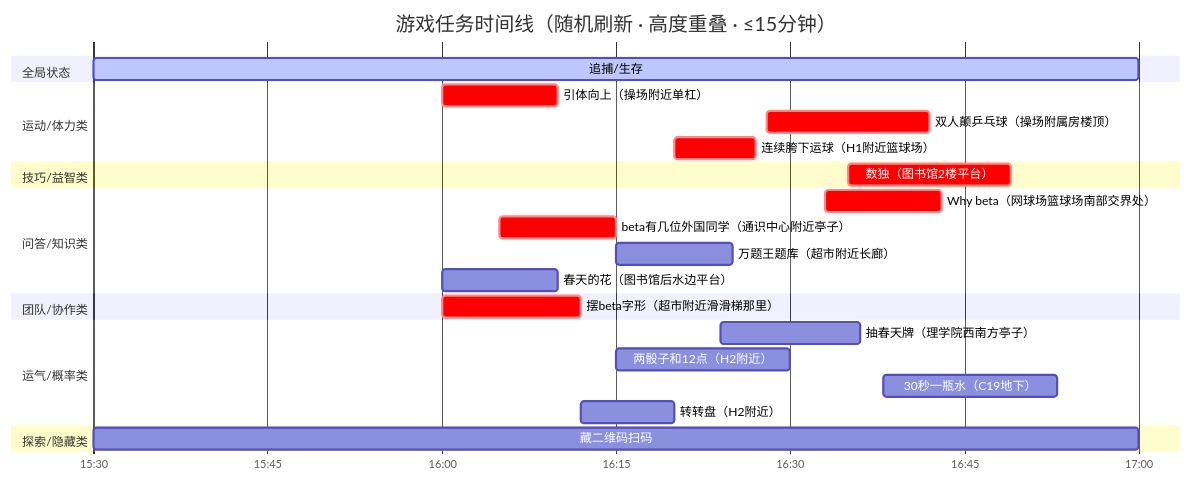
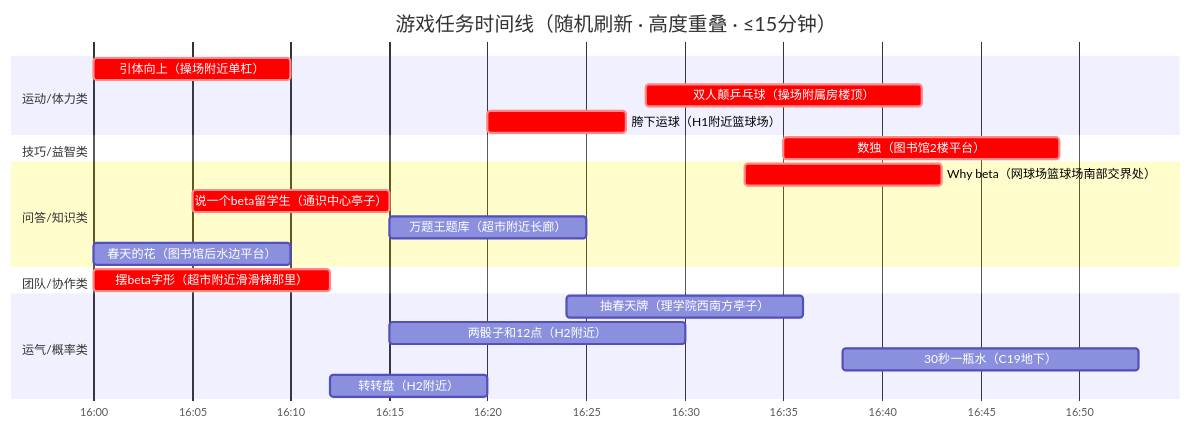
The diagram in 时间线.md (JieteXue/cats-vs-mice), drawn with Mermaid before and after one commit.

Commit message:
Refactor activity names in 时间线.md
change the total length of timeline to better show these tasks

````diff
--- a/时间线.md
+++ b/时间线.md
@@ -17,36 +17,34 @@
 ```mermaid
 gantt
     title 游戏任务时间线（随机刷新 · 高度重叠 · ≤15分钟）
     dateFormat HH:mm
     axisFormat %H:%M
 
-    section 全局状态
-    追捕/生存 :active, 15:30, 90m
+
 
     section 运动/体力类
     引体向上（操场附近单杠）            :crit, 16:00, 10m
     双人颠乒乓球（操场附属房楼顶）         :crit, 16:28, 14m
-    连续胯下运球（H1附近篮球场）   	  :crit, 16:20, 7m
+    胯下运球（H1附近篮球场）   	  :crit, 16:20, 7m
 
     section 技巧/益智类
     数独（图书馆2楼平台）           :crit, 16:35, 14m
 
     section 问答/知识类
     Why beta（网球场篮球场南部交界处）			:crit, 16:33, 10m
-    beta有几位外国同学（通识中心附近亭子）     :crit, 16:05, 10m
+    说一个beta留学生（通识中心亭子）     :crit, 16:05, 10m
     万题王题库（超市附近长廊）     		:16:15, 10m
     春天的花（图书馆后水边平台）       		:16:00, 10m
 
     section 团队/协作类
     摆beta字形（超市附近滑滑梯那里）          :crit, 16:00, 12m
 
     section 运气/概率类
     抽春天牌（理学院西南方亭子）            :16:24, 12m
     两骰子和12点（H2附近）        :16:15, 15m
     30秒一瓶水（C19地下）          :16:38, 15m
     转转盘（H2附近）              :16:12, 8m
 
-    section 探索/隐藏类
-    藏二维码扫码         :15:30, 90m
+
 
 ```
````
